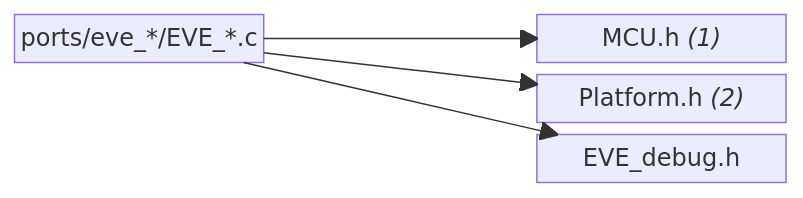
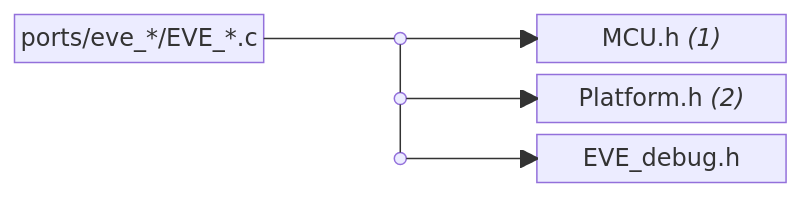
One commit to Bridgetek/Eve-MCU-Dev changed the eighth of 11 diagrams in README.md. Above: the diagram before and after it, drawn with Mermaid. The commit also changed other lines of this file, not shown here.

````diff
--- a/README.md
+++ b/README.md
@@ -371,11 +405,14 @@
 ```mermaid
 block
   columns 3
-  A1["ports/eve_*/EVE_*.c"] space B1["MCU.h <i>(1)</i>"]
-  space space B2["Platform.h <i>(2)</i>"]
-  space space B3["EVE_debug.h"]
+  A1["ports/eve_*/EVE_*.c"] X1((" "))   B1["MCU.h <i>(1)</i>"]
+  space                     X2((" "))   B2["Platform.h <i>(2)</i>"]
+  space                     X3((" "))   B3["EVE_debug.h"]
 
-  A1 --> B1
-  A1 --> B2
-  A1 --> B3
+  A1 --- X1
+  X1 --- X2
+  X2 --- X3
+  X1 --> B1
+  X2 --> B2
+  X3 --> B3
 ```
````
